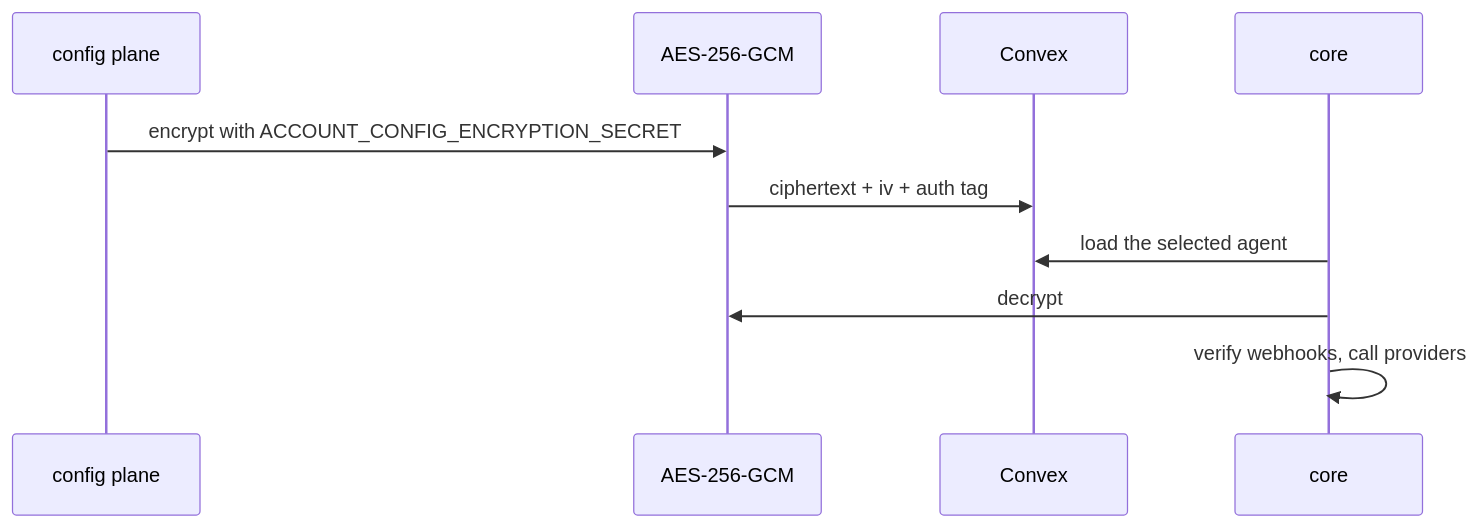
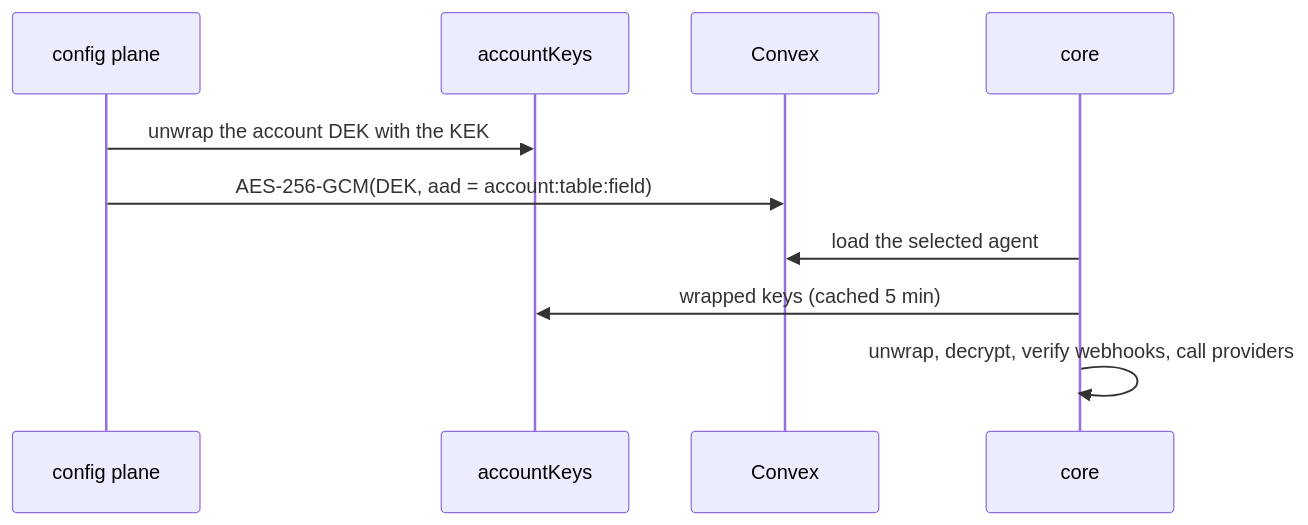
Before and after one commit to beeblastco/broods: the second of 3 diagrams in apps/docs/docs/internals/security.md, drawn with Mermaid. The commit also changed other lines of this file and 39 other files, not shown here.

First line of the commit message:
feat(convex,core): envelope encryption with per-account data keys

````diff
--- a/apps/docs/docs/internals/security.md
+++ b/apps/docs/docs/internals/security.md
@@ -25,13 +25,13 @@
 ```mermaid
 sequenceDiagram
   participant API as config plane
-  participant Crypto as AES-256-GCM
+  participant Keys as accountKeys
   participant CVX as Convex
   participant Core as core
 
-  API->>Crypto: encrypt with ACCOUNT_CONFIG_ENCRYPTION_SECRET
-  Crypto->>CVX: ciphertext + iv + auth tag
+  API->>Keys: unwrap the account DEK with the KEK
+  API->>CVX: AES-256-GCM(DEK, aad = account:table:field)
   Core->>CVX: load the selected agent
-  Core->>Crypto: decrypt
-  Core->>Core: verify webhooks, call providers
+  Core->>Keys: wrapped keys (cached 5 min)
+  Core->>Core: unwrap, decrypt, verify webhooks, call providers
 ```
````
